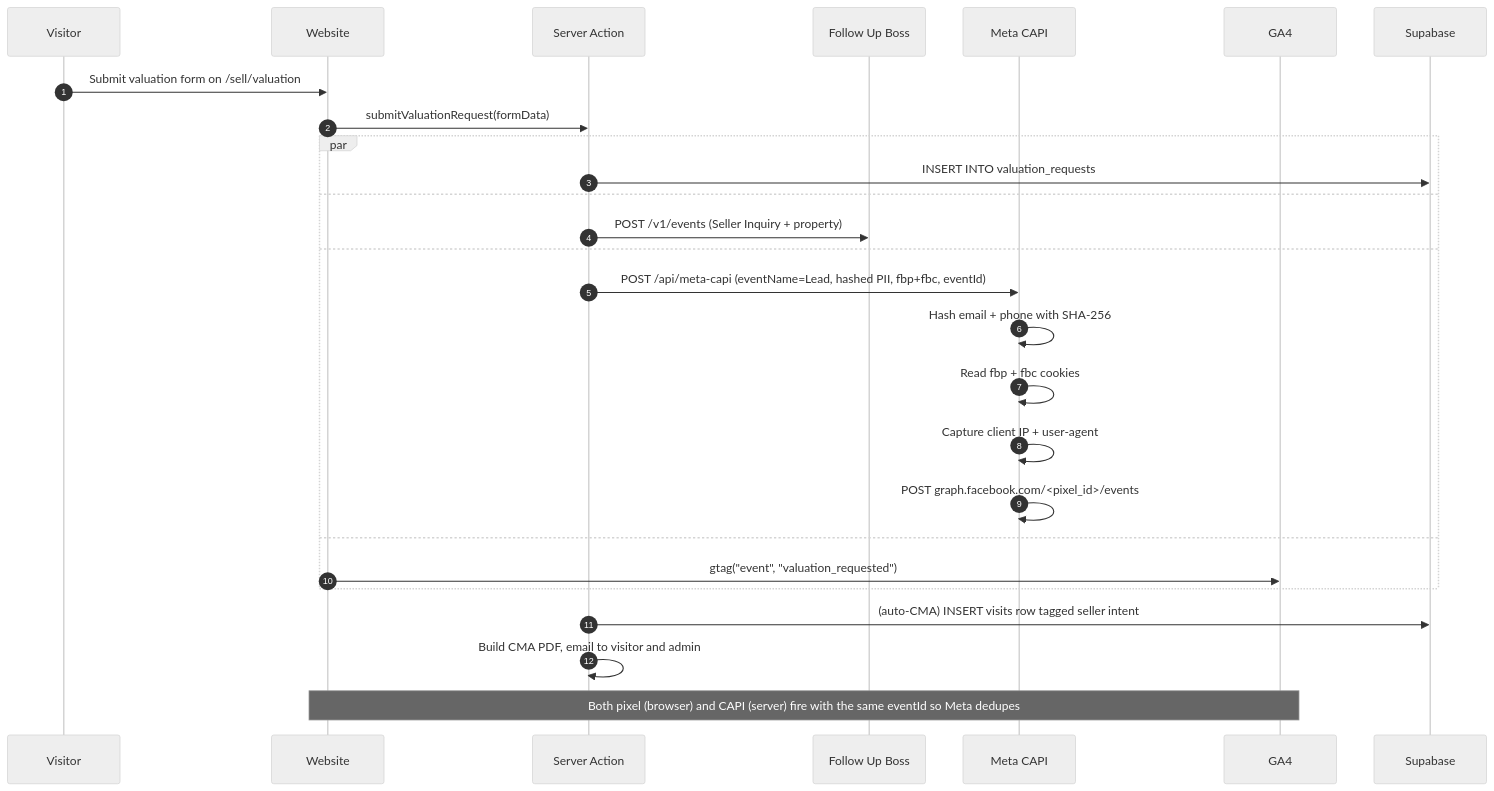
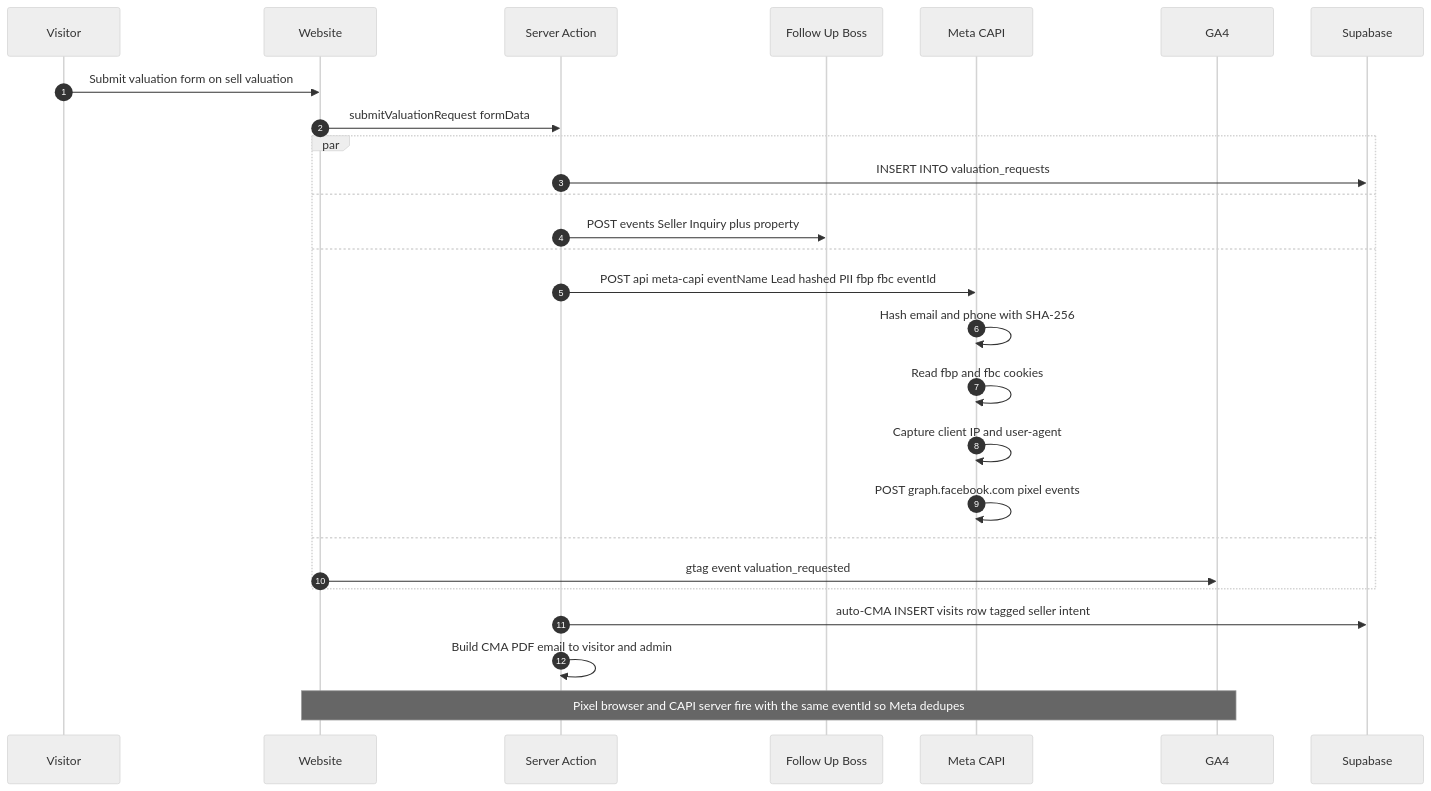
Before and after one commit to RyanRealty/RyanRealty: the fourth of 9 diagrams in docs/FACEBOOK_SELLER_GROWTH_PIPELINE.md, drawn with Mermaid (neutral theme). The commit also changed other lines of this file and 2 other files, not shown here.

First line of the commit message:
fix(docs): rewrite pipeline doc mermaid blocks for mermaid 11 strict parser

````diff
--- a/docs/FACEBOOK_SELLER_GROWTH_PIPELINE.md
+++ b/docs/FACEBOOK_SELLER_GROWTH_PIPELINE.md
@@ -222,31 +222,31 @@
 ```mermaid
 sequenceDiagram
     autonumber
     participant U as Visitor
     participant W as Website
     participant SA as Server Action
     participant FUB as Follow Up Boss
     participant MC as Meta CAPI
     participant GA as GA4
     participant DB as Supabase
 
-    U->>W: Submit valuation form on /sell/valuation
-    W->>SA: submitValuationRequest(formData)
+    U->>W: Submit valuation form on sell valuation
+    W->>SA: submitValuationRequest formData
     par
         SA->>DB: INSERT INTO valuation_requests
     and
-        SA->>FUB: POST /v1/events (Seller Inquiry + property)
+        SA->>FUB: POST events Seller Inquiry plus property
     and
-        SA->>MC: POST /api/meta-capi (eventName=Lead, hashed PII, fbp+fbc, eventId)
-        MC->>MC: Hash email + phone with SHA-256
-        MC->>MC: Read fbp + fbc cookies
-        MC->>MC: Capture client IP + user-agent
-        MC->>MC: POST graph.facebook.com/<pixel_id>/events
+        SA->>MC: POST api meta-capi eventName Lead hashed PII fbp fbc eventId
+        MC->>MC: Hash email and phone with SHA-256
+        MC->>MC: Read fbp and fbc cookies
+        MC->>MC: Capture client IP and user-agent
+        MC->>MC: POST graph.facebook.com pixel events
     and
-        W->>GA: gtag("event", "valuation_requested")
+        W->>GA: gtag event valuation_requested
     end
-    SA->>DB: (auto-CMA) INSERT visits row tagged seller intent
-    SA->>SA: Build CMA PDF, email to visitor and admin
+    SA->>DB: auto-CMA INSERT visits row tagged seller intent
+    SA->>SA: Build CMA PDF email to visitor and admin
 
-    Note over W,GA: Both pixel (browser) and CAPI (server) fire with the same eventId so Meta dedupes
+    Note over W,GA: Pixel browser and CAPI server fire with the same eventId so Meta dedupes
 ```
````
